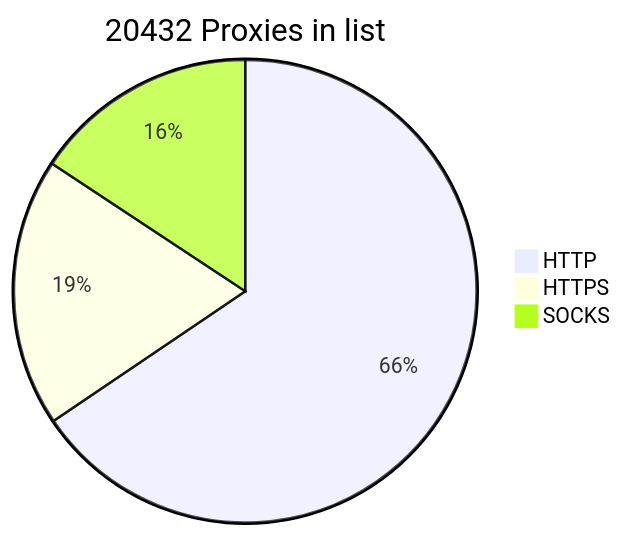
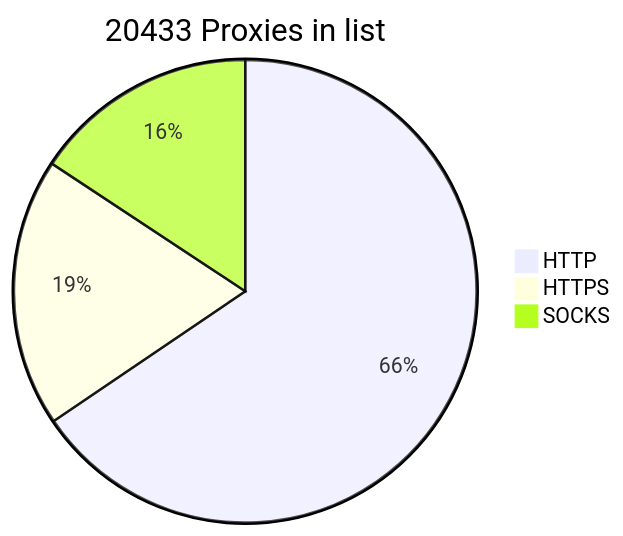
The diagram in README.md (BlackSnowDot/proxylist-update-every-minute), drawn with Mermaid before and after one commit.

````diff
--- a/README.md
+++ b/README.md
@@ -2,6 +2,6 @@
 ```mermaid
-pie title 20432 Proxies in list
-    "HTTP" : 15037
-    "HTTPS": 4304
+pie title 20433 Proxies in list
+    "HTTP" : 15032
+    "HTTPS": 4305
     "SOCKS" : 3605
 ```
````
